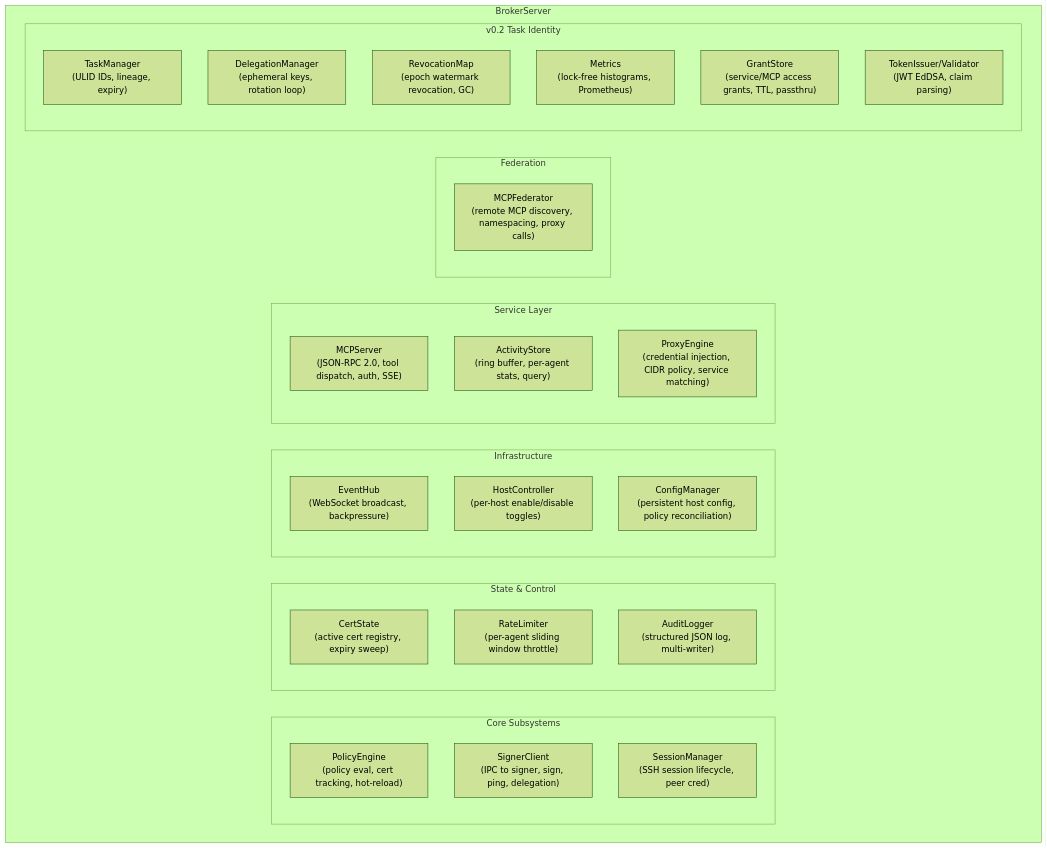
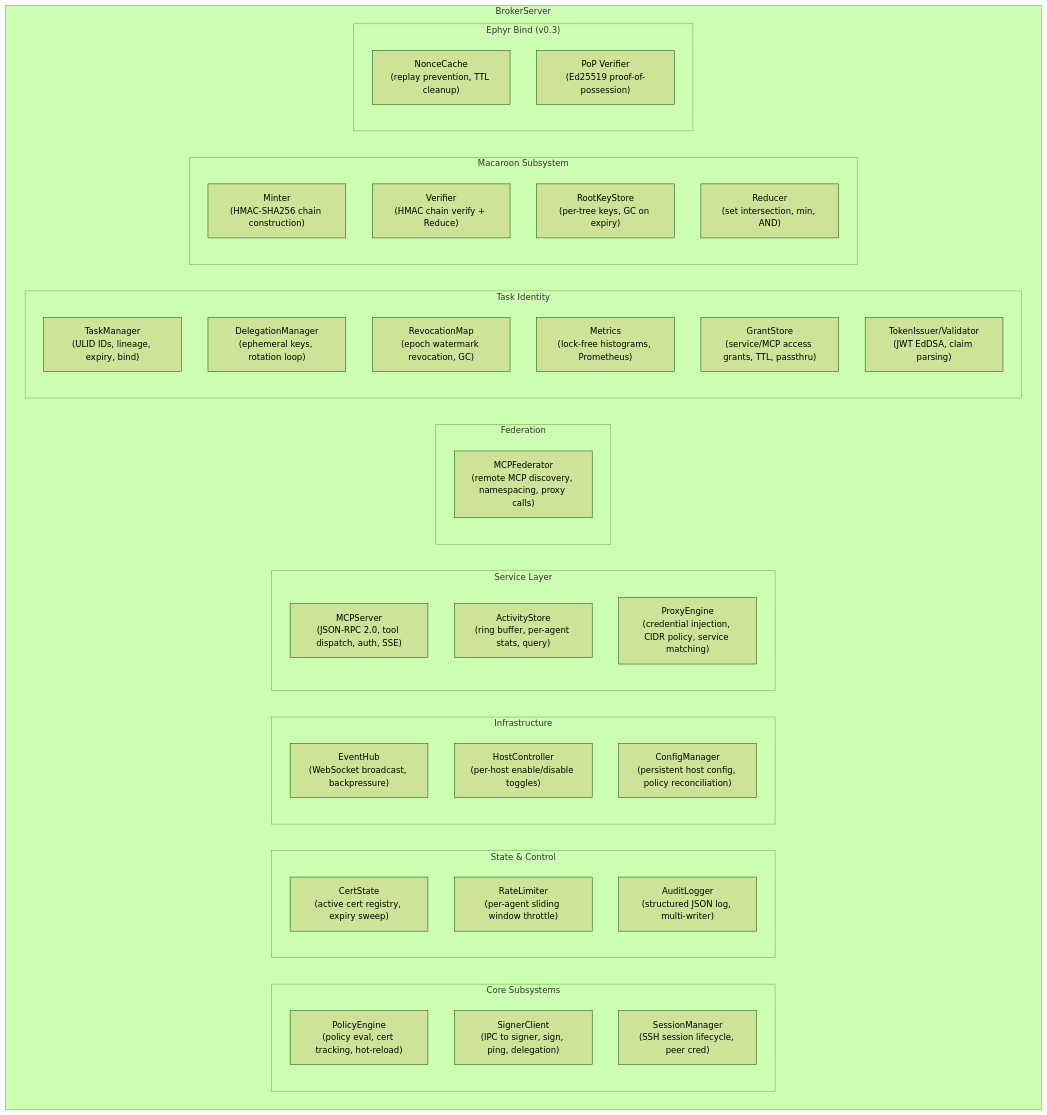
Before and after one commit to EphyrAI/Ephyr: the fourth of 4 diagrams in docs/whitepaper-architecture.md, drawn with Mermaid (forest theme). The commit also changed other lines of this file and 9 other files, not shown here.

````diff
--- a/docs/whitepaper-architecture.md
+++ b/docs/whitepaper-architecture.md
@@ -251,41 +257,53 @@
 ```mermaid
 graph TD
     subgraph BrokerServer["BrokerServer"]
         subgraph Core["Core Subsystems"]
             PE["PolicyEngine<br/>(policy eval, cert tracking, hot-reload)"]
             SC["SignerClient<br/>(IPC to signer, sign, ping, delegation)"]
             SM["SessionManager<br/>(SSH session lifecycle, peer cred)"]
         end
 
         subgraph State["State & Control"]
             CS["CertState<br/>(active cert registry, expiry sweep)"]
             RL["RateLimiter<br/>(per-agent sliding window throttle)"]
             AL["AuditLogger<br/>(structured JSON log, multi-writer)"]
         end
 
         subgraph Infra["Infrastructure"]
             EH["EventHub<br/>(WebSocket broadcast, backpressure)"]
             HC["HostController<br/>(per-host enable/disable toggles)"]
             CM["ConfigManager<br/>(persistent host config, policy reconciliation)"]
         end
 
         subgraph Services["Service Layer"]
             MCP["MCPServer<br/>(JSON-RPC 2.0, tool dispatch, auth, SSE)"]
             AS["ActivityStore<br/>(ring buffer, per-agent stats, query)"]
             PX["ProxyEngine<br/>(credential injection, CIDR policy, service matching)"]
         end
 
         subgraph Federation["Federation"]
             MF["MCPFederator<br/>(remote MCP discovery, namespacing, proxy calls)"]
         end
 
-        subgraph TaskIdentity["v0.2 Task Identity"]
-            TM["TaskManager<br/>(ULID IDs, lineage, expiry)"]
+        subgraph TaskIdentity["Task Identity"]
+            TM["TaskManager<br/>(ULID IDs, lineage, expiry, bind)"]
             DM["DelegationManager<br/>(ephemeral keys, rotation loop)"]
             RM["RevocationMap<br/>(epoch watermark revocation, GC)"]
             MT["Metrics<br/>(lock-free histograms, Prometheus)"]
             GS["GrantStore<br/>(service/MCP access grants, TTL, passthru)"]
             TV["TokenIssuer/Validator<br/>(JWT EdDSA, claim parsing)"]
         end
+
+        subgraph Macaroons["Macaroon Subsystem"]
+            MN["Minter<br/>(HMAC-SHA256 chain construction)"]
+            MV["Verifier<br/>(HMAC chain verify + Reduce)"]
+            RK["RootKeyStore<br/>(per-tree keys, GC on expiry)"]
+            RD["Reducer<br/>(set intersection, min, AND)"]
+        end
+
+        subgraph Bind["Ephyr Bind (v0.3)"]
+            NC["NonceCache<br/>(replay prevention, TTL cleanup)"]
+            PP["PoP Verifier<br/>(Ed25519 proof-of-possession)"]
+        end
     end
 ```
````
